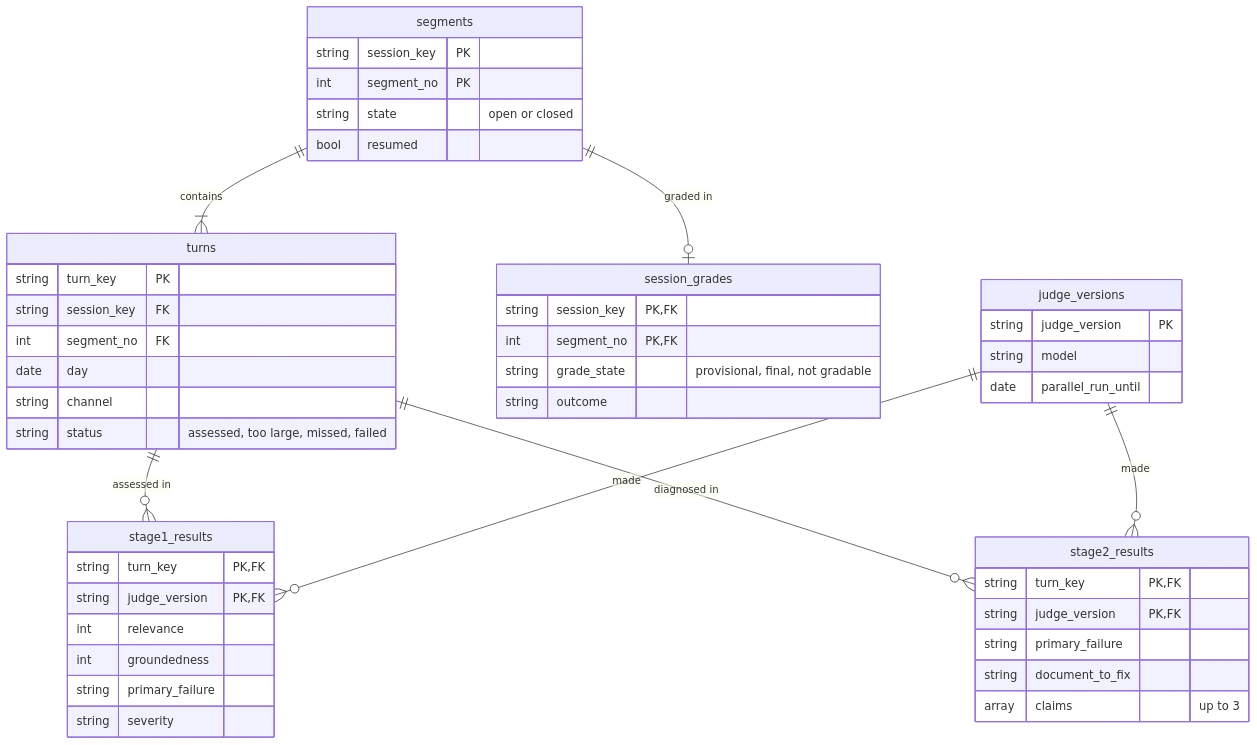
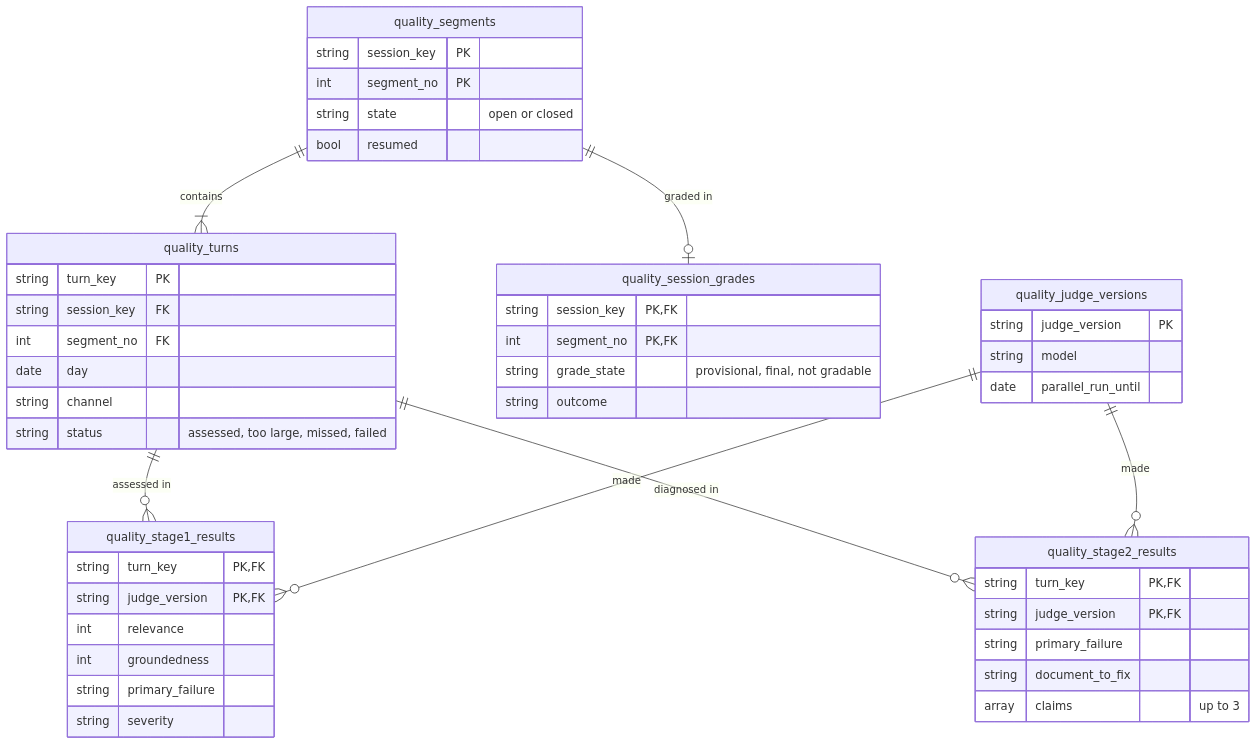
Before and after one commit to pborkowski-rtbh/conversation-analyzer: diagram 19 of 21 in design-doc.md, drawn with Mermaid. The commit also changed other lines of this file, not shown here.

````diff
--- a/design-doc.md
+++ b/design-doc.md
@@ -1514,50 +1514,50 @@
 ```mermaid
 erDiagram
-    segments ||--|{ turns : "contains"
-    turns ||--o{ stage1_results : "assessed in"
-    turns ||--o{ stage2_results : "diagnosed in"
-    segments ||--o| session_grades : "graded in"
-    judge_versions ||--o{ stage1_results : "made"
-    judge_versions ||--o{ stage2_results : "made"
+    quality_segments ||--|{ quality_turns : "contains"
+    quality_turns ||--o{ quality_stage1_results : "assessed in"
+    quality_turns ||--o{ quality_stage2_results : "diagnosed in"
+    quality_segments ||--o| quality_session_grades : "graded in"
+    quality_judge_versions ||--o{ quality_stage1_results : "made"
+    quality_judge_versions ||--o{ quality_stage2_results : "made"
 
-    segments {
+    quality_segments {
         string session_key PK
         int segment_no PK
         string state "open or closed"
         bool resumed
     }
-    turns {
+    quality_turns {
         string turn_key PK
         string session_key FK
         int segment_no FK
         date day
         string channel
         string status "assessed, too large, missed, failed"
     }
-    stage1_results {
+    quality_stage1_results {
         string turn_key PK, FK
         string judge_version PK, FK
         int relevance
         int groundedness
         string primary_failure
         string severity
     }
-    stage2_results {
+    quality_stage2_results {
         string turn_key PK, FK
         string judge_version PK, FK
         string primary_failure
         string document_to_fix
         array claims "up to 3"
     }
-    session_grades {
+    quality_session_grades {
         string session_key PK, FK
         int segment_no PK, FK
         string grade_state "provisional, final, not gradable"
         string outcome
     }
-    judge_versions {
+    quality_judge_versions {
         string judge_version PK
         string model
         date parallel_run_until
     }
 ```
````
